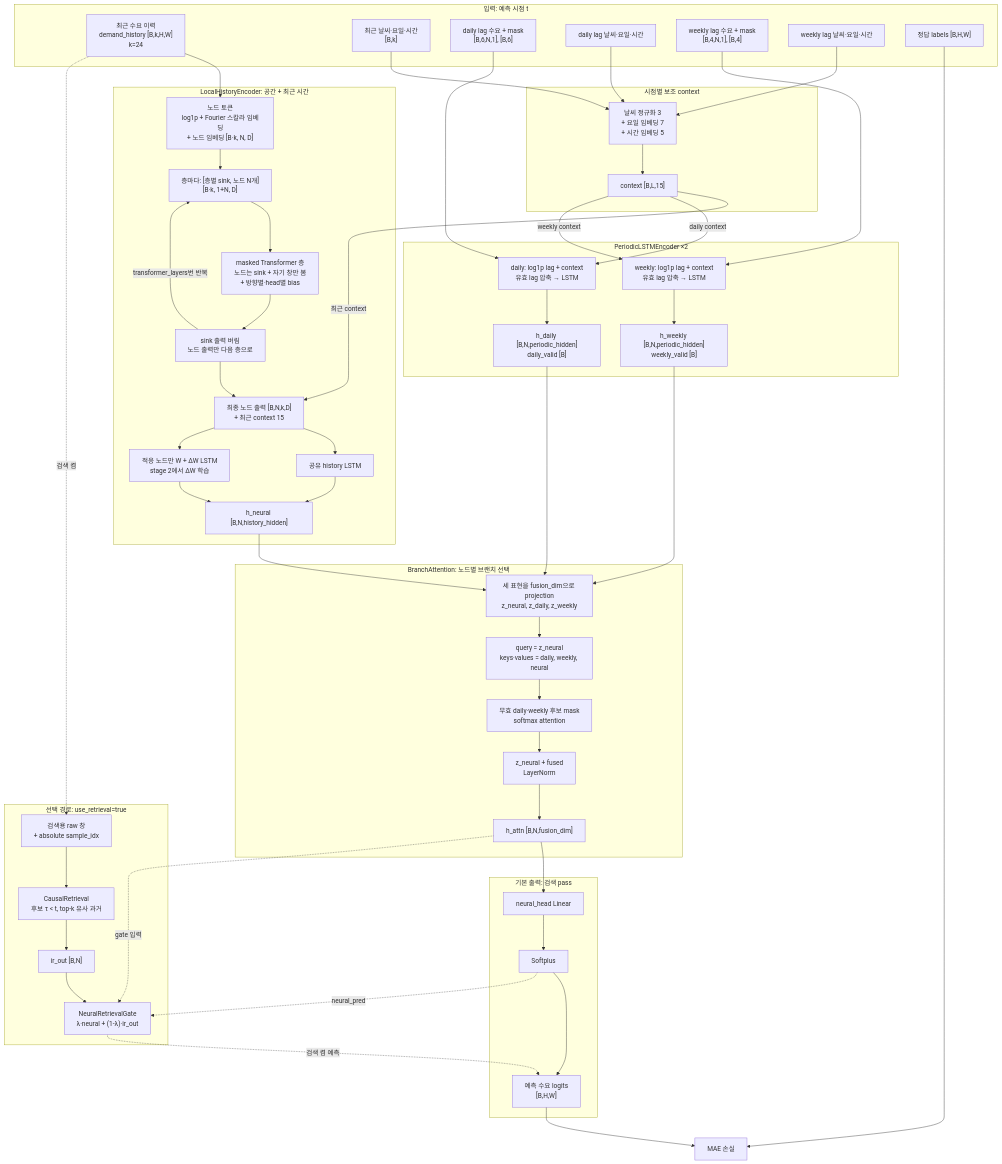
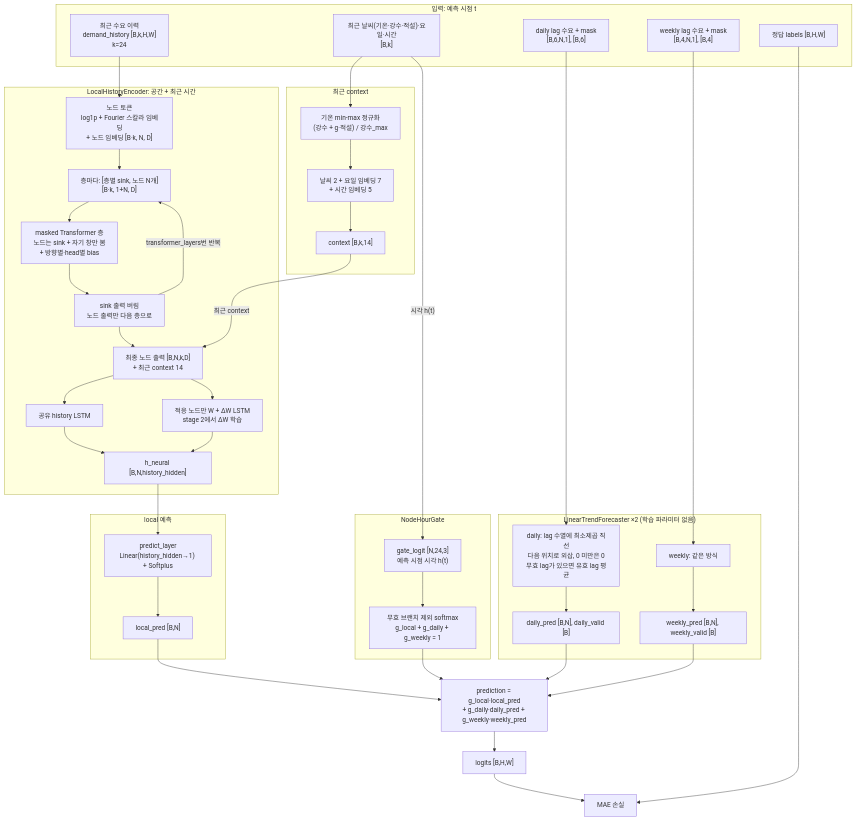
The diagram in docs/SPEC.md (dev-jake-kim/demandprediction), drawn with Mermaid before and after one commit. The commit also changed other lines of this file and 18 other files, not shown here.

Commit message:
Replace periodic LSTMs and branch attention with linear-trend forecasts and node-hour softmax gate; merge snow into precipitation

````diff
--- a/docs/SPEC.md
+++ b/docs/SPEC.md
@@ -31,30 +28,27 @@
 flowchart TD
     subgraph IN["입력: 예측 시점 t"]
         H["최근 수요 이력<br/>demand_history [B,k,H,W]<br/>k=24"]
-        CTX["최근 날씨·요일·시간<br/>[B,k]"]
+        CTX["최근 날씨(기온·강수·적설)·요일·시간<br/>[B,k]"]
         D["daily lag 수요 + mask<br/>[B,6,N,1], [B,6]"]
-        DC["daily lag 날씨·요일·시간"]
         W["weekly lag 수요 + mask<br/>[B,4,N,1], [B,4]"]
-        WC["weekly lag 날씨·요일·시간"]
         Y["정답 labels [B,H,W]"]
     end
 
-    subgraph CE["시점별 보조 context"]
-        C1["날씨 정규화 3<br/>+ 요일 임베딩 7<br/>+ 시간 임베딩 5"]
-        C2["context [B,L,15]"]
-        C1 --> C2
+    subgraph CE["최근 context"]
+        C0["기온 min-max 정규화<br/>(강수 + g·적설) / 강수_max"]
+        C1["날씨 2 + 요일 임베딩 7<br/>+ 시간 임베딩 5"]
+        C2["context [B,k,14]"]
+        C0 --> C1 --> C2
     end
 
-    CTX --> C1
-    DC --> C1
-    WC --> C1
+    CTX --> C0
 
     subgraph LH["LocalHistoryEncoder: 공간 + 최근 시간"]
         L1["노드 토큰<br/>log1p + Fourier 스칼라 임베딩<br/>+ 노드 임베딩 [B·k, N, D]"]
         L2["층마다: [층별 sink, 노드 N개]<br/>[B·k, 1+N, D]"]
         L3["masked Transformer 층<br/>노드는 sink + 자기 창만 봄<br/>+ 방향별·head별 bias"]
         L4["sink 출력 버림<br/>노드 출력만 다음 층으로"]
-        L5["최종 노드 출력 [B,N,k,D]<br/>+ 최근 context 15"]
+        L5["최종 노드 출력 [B,N,k,D]<br/>+ 최근 context 14"]
         L6["공유 history LSTM"]
         L7["적응 노드만 W + ΔW LSTM<br/>stage 2에서 ΔW 학습"]
         HN["h_neural [B,N,history_hidden]"]
@@ -67,54 +61,40 @@
     H --> L1
     C2 -->|"최근 context"| L5
 
-    subgraph PER["PeriodicLSTMEncoder ×2"]
-        P1["daily: log1p lag + context<br/>유효 lag 압축 → LSTM"]
-        P2["weekly: log1p lag + context<br/>유효 lag 압축 → LSTM"]
-        HD["h_daily [B,N,periodic_hidden]<br/>daily_valid [B]"]
-        HW["h_weekly [B,N,periodic_hidden]<br/>weekly_valid [B]"]
-        P1 --> HD
-        P2 --> HW
+    subgraph LOC["local 예측"]
+        PL["predict_layer<br/>Linear(history_hidden→1) + Softplus"]
+        LP["local_pred [B,N]"]
+        PL --> LP
+    end
+
+    HN --> PL
+
+    subgraph PER["LinearTrendForecaster ×2 (학습 파라미터 없음)"]
+        P1["daily: lag 수열에 최소제곱 직선<br/>다음 위치로 외삽, 0 미만은 0<br/>무효 lag가 있으면 유효 lag 평균"]
+        P2["weekly: 같은 방식"]
+        DP["daily_pred [B,N], daily_valid [B]"]
+        WP["weekly_pred [B,N], weekly_valid [B]"]
+        P1 --> DP
+        P2 --> WP
     end
 
     D --> P1
     W --> P2
-    C2 -->|"daily context"| P1
-    C2 -->|"weekly context"| P2
 
-    subgraph ATT["BranchAttention: 노드별 브랜치 선택"]
-        A1["세 표현을 fusion_dim으로 projection<br/>z_neural, z_daily, z_weekly"]
-        A2["query = z_neural<br/>keys·values = daily, weekly, neural"]
-        A3["무효 daily·weekly 후보 mask<br/>softmax attention"]
-        A4["z_neural + fused<br/>LayerNorm"]
-        HA["h_attn [B,N,fusion_dim]"]
-        A1 --> A2 --> A3 --> A4 --> HA
+    subgraph GATE["NodeHourGate"]
+        G1["gate_logit [N,24,3]<br/>예측 시점 시각 h(t)"]
+        G2["무효 브랜치 제외 softmax<br/>g_local + g_daily + g_weekly = 1"]
+        G1 --> G2
     end
 
-    HN --> A1
-    HD --> A1
-    HW --> A1
+    CTX -->|"시각 h(t)"| G1
 
-    subgraph OUT["기본 출력: 검색 pass"]
-        O1["neural_head Linear"]
-        O2["Softplus"]
-        PRED["예측 수요 logits<br/>[B,H,W]"]
-        O1 --> O2 --> PRED
-    end
-
-    HA --> O1
+    F["prediction = g_local·local_pred<br/>+ g_daily·daily_pred + g_weekly·weekly_pred"]
+    LP --> F
+    DP --> F
+    WP --> F
+    G2 --> F
+    F --> PRED["logits [B,H,W]"]
     PRED --> LOSS["MAE 손실"]
     Y --> LOSS
-
-    subgraph RET["선택 경로: use_retrieval=true"]
-        R1["검색용 raw 창<br/>+ absolute sample_idx"]
-        R2["CausalRetrieval<br/>후보 τ < t, top-k 유사 과거"]
-        R3["ir_out [B,N]"]
-        R4["NeuralRetrievalGate<br/>λ·neural + (1-λ)·ir_out"]
-        R1 --> R2 --> R3 --> R4
-    end
-
-    H -.->|"검색 켬"| R1
-    HA -.->|"gate 입력"| R4
-    O2 -.->|"neural_pred"| R4
-    R4 -.->|"검색 켬 예측"| PRED
 ```
````
